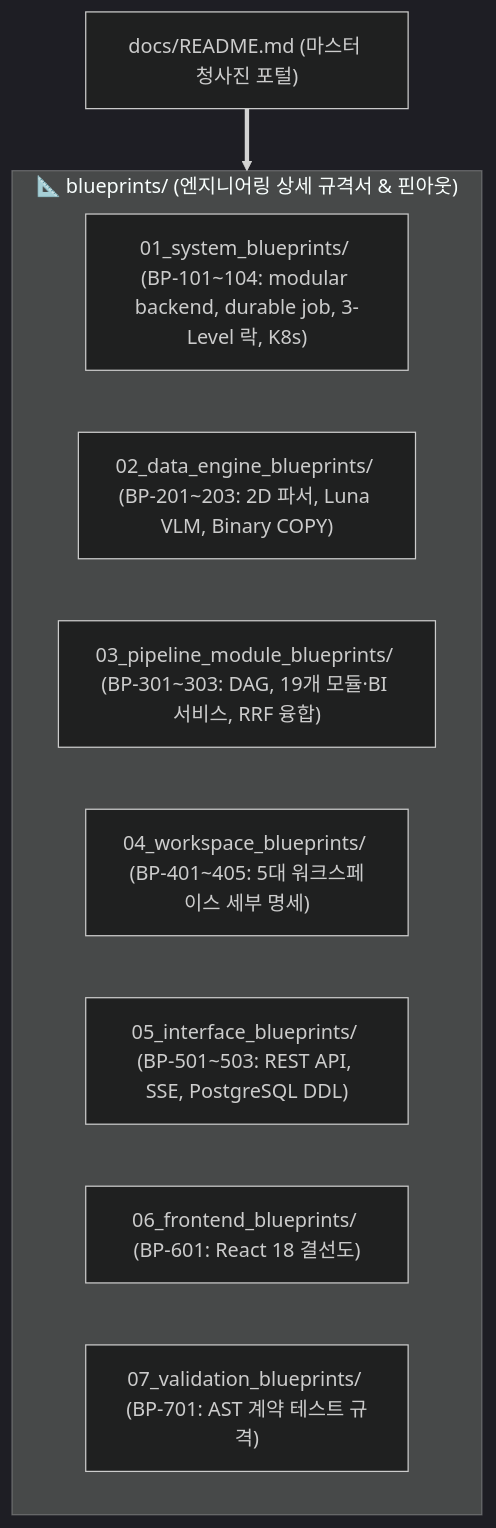
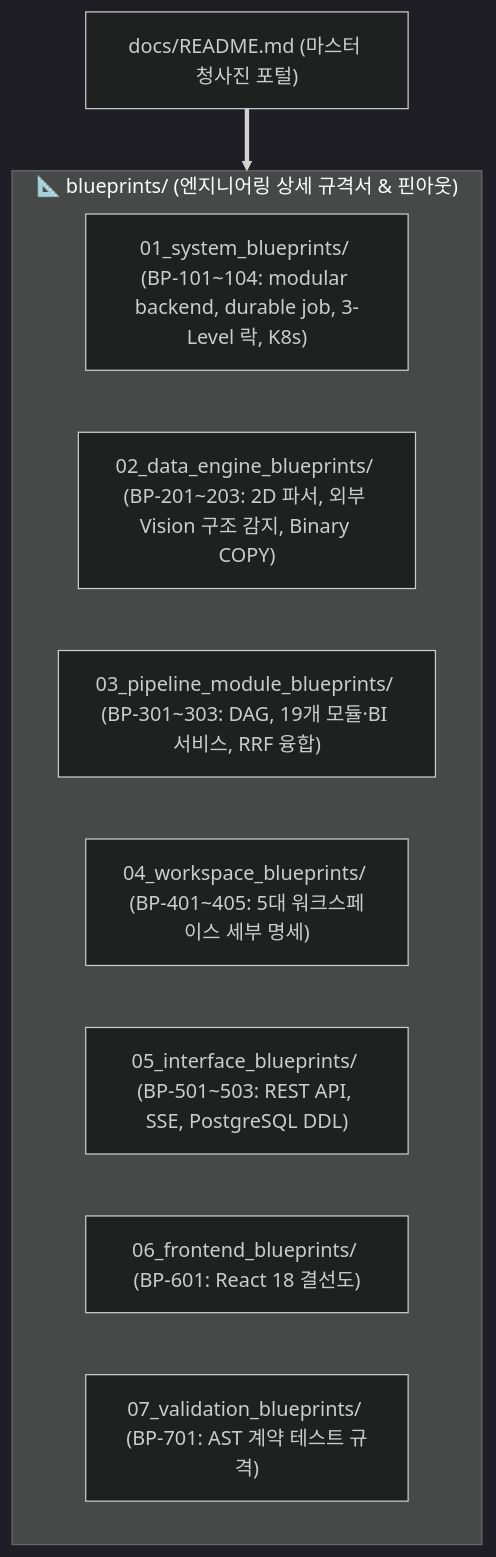
Before and after one commit to bist-mini-final/bist-mini-final: the diagram in docs/README.md, drawn with Mermaid (dark theme). The commit also changed other lines of this file and 10 other files, not shown here.

````diff
--- a/docs/README.md
+++ b/docs/README.md
@@ -13,16 +13,16 @@
 ```mermaid
 flowchart TD
     ROOT["docs/README.md (마스터 청사진 포털)"]
 
     subgraph BlueprintTrack ["📐 blueprints/ (엔지니어링 상세 규격서 & 핀아웃)"]
         B1["01_system_blueprints/ (BP-101~104: modular backend, durable job, 3-Level 락, K8s)"]
-        B2["02_data_engine_blueprints/ (BP-201~203: 2D 파서, Luna VLM, Binary COPY)"]
+        B2["02_data_engine_blueprints/ (BP-201~203: 2D 파서, 외부 Vision 구조 감지, Binary COPY)"]
         B3["03_pipeline_module_blueprints/ (BP-301~303: DAG, 19개 모듈·BI 서비스, RRF 융합)"]
         B4["04_workspace_blueprints/ (BP-401~405: 5대 워크스페이스 세부 명세)"]
         B5["05_interface_blueprints/ (BP-501~503: REST API, SSE, PostgreSQL DDL)"]
         B6["06_frontend_blueprints/ (BP-601: React 18 결선도)"]
         B7["07_validation_blueprints/ (BP-701: AST 계약 테스트 규격)"]
     end
 
     ROOT ==> BlueprintTrack
 ```
````
